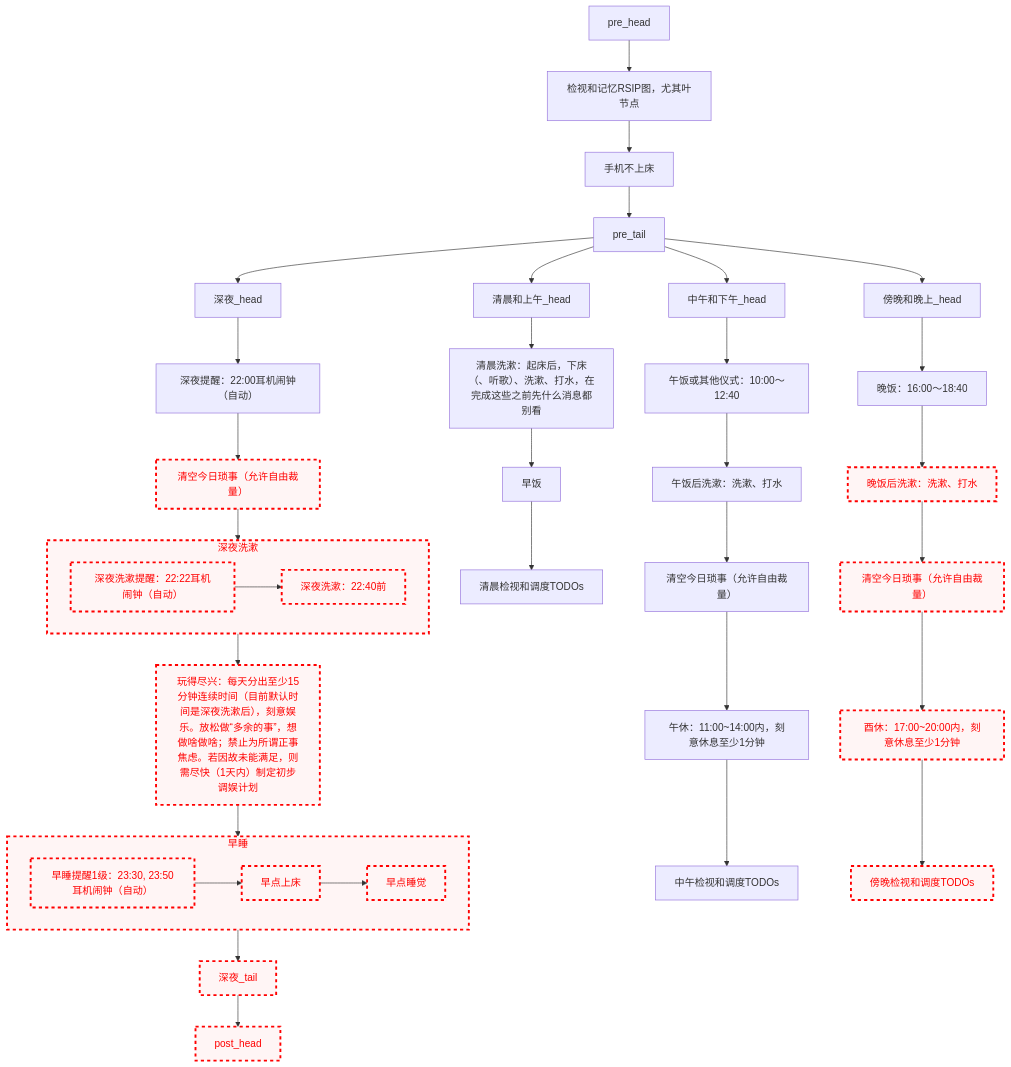
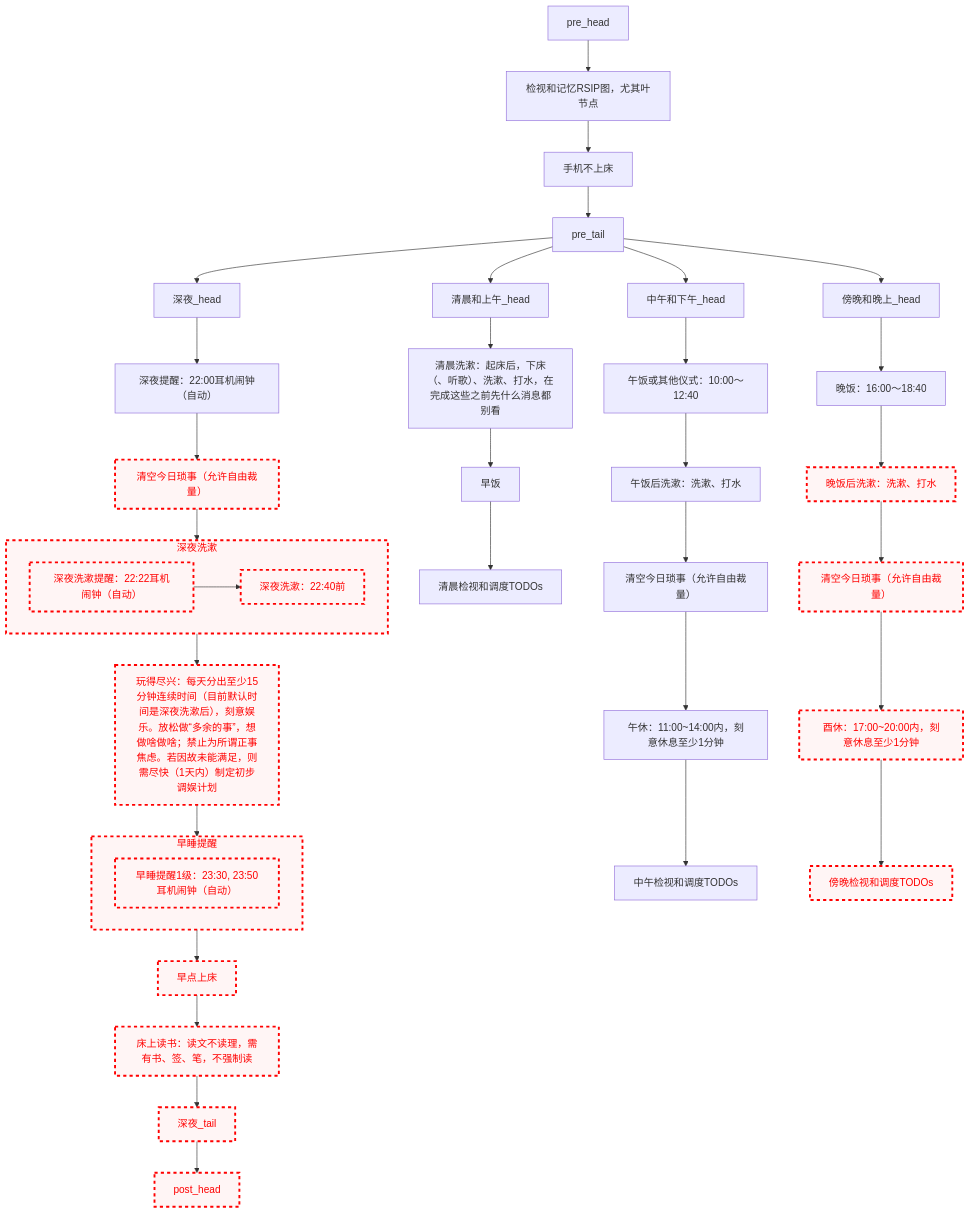
One commit to Ethkuil/RSIP-tree changed the diagram in README.md. Above: the diagram before and after it, drawn with Mermaid.

Commit message:
insert 床上读书

````diff
--- a/README.md
+++ b/README.md
@@ -21,69 +21,69 @@
 ```mermaid
 graph TD
 
 classDef failed stroke:#ff0000, stroke-width:3px, color:#ff0000, fill:#fff5f5, stroke-dasharray: 5
 
 pre_head --> RSIP[检视和记忆RSIP图，尤其叶节点]
 RSIP --> 手机不上床
 手机不上床 --> pre_tail
 
 
 pre_tail --> 清晨和上午_head
 清晨和上午_head --> 清晨洗漱
 清晨洗漱[清晨洗漱：起床后，下床（、听歌）、洗漱、打水，在完成这些之前先什么消息都别看]
 清晨洗漱 --> 早饭
 早饭 --> 清晨看TODO[清晨检视和调度TODOs]
 
 
 pre_tail --> 中午和下午_head
 中午和下午_head --> 午饭[午饭或其他仪式：10:00～12:40]
 午饭 --> 午饭后洗漱[午饭后洗漱：洗漱、打水]
 午饭后洗漱 --> 中午今日琐事[清空今日琐事（允许自由裁量）]
 中午今日琐事 --> 午休[午休：11:00~14:00内，刻意休息至少1分钟]
 午休 --> 中午看TODO[中午检视和调度TODOs]
 
 
 pre_tail --> 傍晚和晚上_head
 傍晚和晚上_head --> 晚饭[晚饭：16:00～18:40]
 晚饭 --> 晚饭后洗漱[晚饭后洗漱：洗漱、打水]
 class 晚饭后洗漱 failed
 晚饭后洗漱 --> 傍晚今日琐事[清空今日琐事（允许自由裁量）]
 class 傍晚今日琐事 failed
 傍晚今日琐事 --> 酉休[酉休：17:00~20:00内，刻意休息至少1分钟]
 class 酉休 failed
 酉休 --> 傍晚看TODO[傍晚检视和调度TODOs]
 class 傍晚看TODO failed
 
 
 pre_tail --> 深夜_head
 深夜_head --> 深夜提醒[深夜提醒：22:00耳机闹钟（自动）]
 深夜提醒 --> 深夜今日琐事[清空今日琐事（允许自由裁量）]
 class 深夜今日琐事 failed
 深夜今日琐事 --> 深夜洗漱
 subgraph 深夜洗漱
   深夜洗漱提醒[深夜洗漱提醒：22:22耳机闹钟（自动）]
   class 深夜洗漱提醒 failed
   深夜洗漱提醒 --> 深夜洗漱执行[深夜洗漱：22:40前]
   class 深夜洗漱执行 failed
 end
 class 深夜洗漱 failed
 深夜洗漱 --> 玩得尽兴[玩得尽兴：每天分出至少15分钟连续时间（目前默认时间是深夜洗漱后），刻意娱乐。放松做“多余的事”，想做啥做啥；禁止为所谓正事焦虑。若因故未能满足，则需尽快（1天内）制定初步调娱计划]
 class 玩得尽兴 failed
 
-玩得尽兴 --> 早睡
-subgraph 早睡
+玩得尽兴 --> 早睡提醒
+subgraph 早睡提醒
   早睡提醒1级[早睡提醒1级：23:30, 23:50耳机闹钟（自动）]
   class 早睡提醒1级 failed
-  早睡提醒1级 --> 早点上床
-  class 早点上床 failed
-  早点上床 --> 早点睡觉
-  class 早点睡觉 failed
 end
-class 早睡 failed
-早睡 --> 深夜_tail
+class 早睡提醒 failed
+早睡提醒 --> 早点上床
+class 早点上床 failed
+早点上床 --> 床上读书[床上读书：读文不读理，需有书、签、笔，不强制读]
+class 床上读书 failed
+床上读书 --> 深夜_tail
 class 深夜_tail failed
 
 
 深夜_tail --> post_head
 class post_head failed
 ```
````
